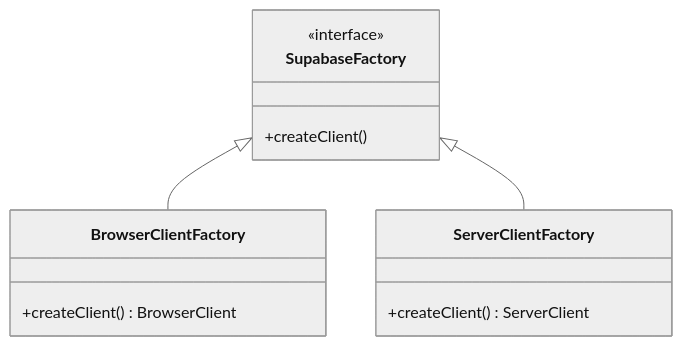
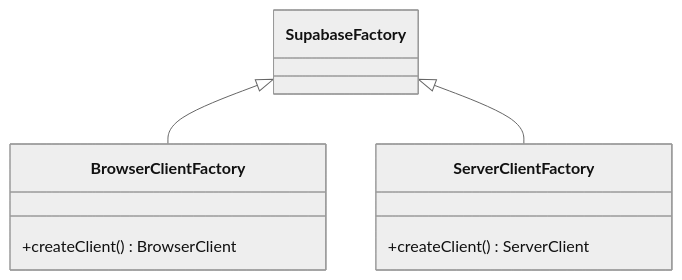
One commit to Nafiz204/Skill-Verse changed the first of 4 diagrams in Design_patterns_Documentation.md. Above: the diagram before and after it, drawn with Mermaid (neutral theme). The commit also changed other lines of this file and 1 other file, not shown here.

````diff
--- a/Design_patterns_Documentation.md
+++ b/Design_patterns_Documentation.md
@@ -48,15 +48,12 @@
 ```mermaid
 classDiagram
-    class SupabaseFactory {
-        <<interface>>
-        +createClient()
-    }
+    class SupabaseFactory
     class BrowserClientFactory {
         +createClient() BrowserClient
     }
     class ServerClientFactory {
         +createClient() ServerClient
     }
     SupabaseFactory <|-- BrowserClientFactory
     SupabaseFactory <|-- ServerClientFactory
 ```
````
